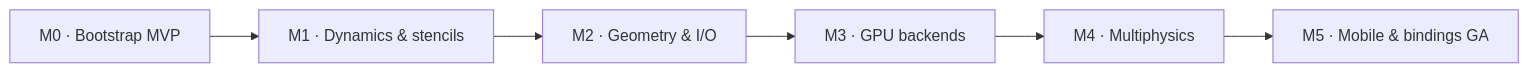
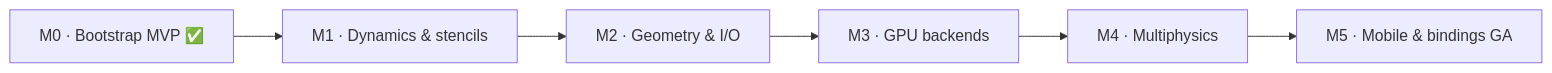
The diagram in docs/roadmap.md (CyberdyneCorp/Cyberfluids), drawn with Mermaid before and after one commit. The commit also changed other lines of this file and 6 other files, not shown here.

````diff
--- a/docs/roadmap.md
+++ b/docs/roadmap.md
@@ -6,8 +6,8 @@
 ```mermaid
 flowchart LR
-    M0["M0 · Bootstrap MVP"] --> M1["M1 · Dynamics & stencils"]
+    M0["M0 · Bootstrap MVP ✅"] --> M1["M1 · Dynamics & stencils"]
     M1 --> M2["M2 · Geometry & I/O"]
     M2 --> M3["M3 · GPU backends"]
     M3 --> M4["M4 · Multiphysics"]
     M4 --> M5["M5 · Mobile & bindings GA"]
 ```
````
